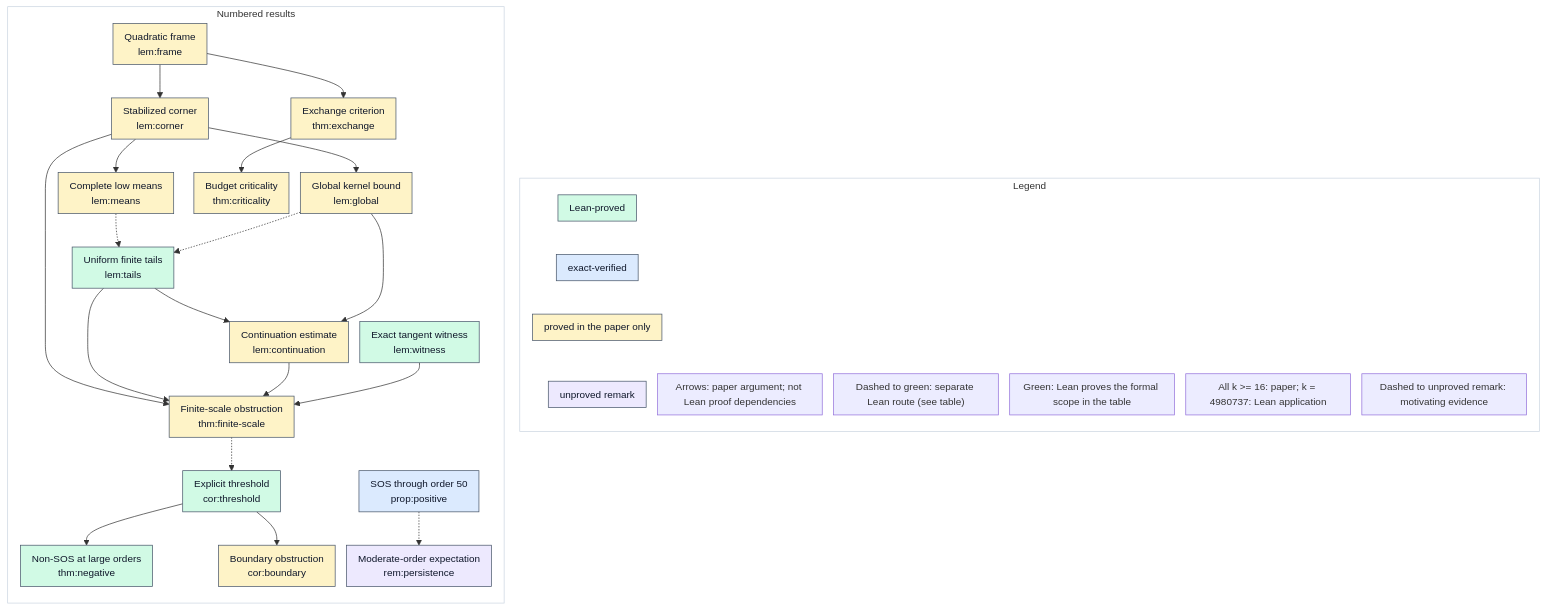
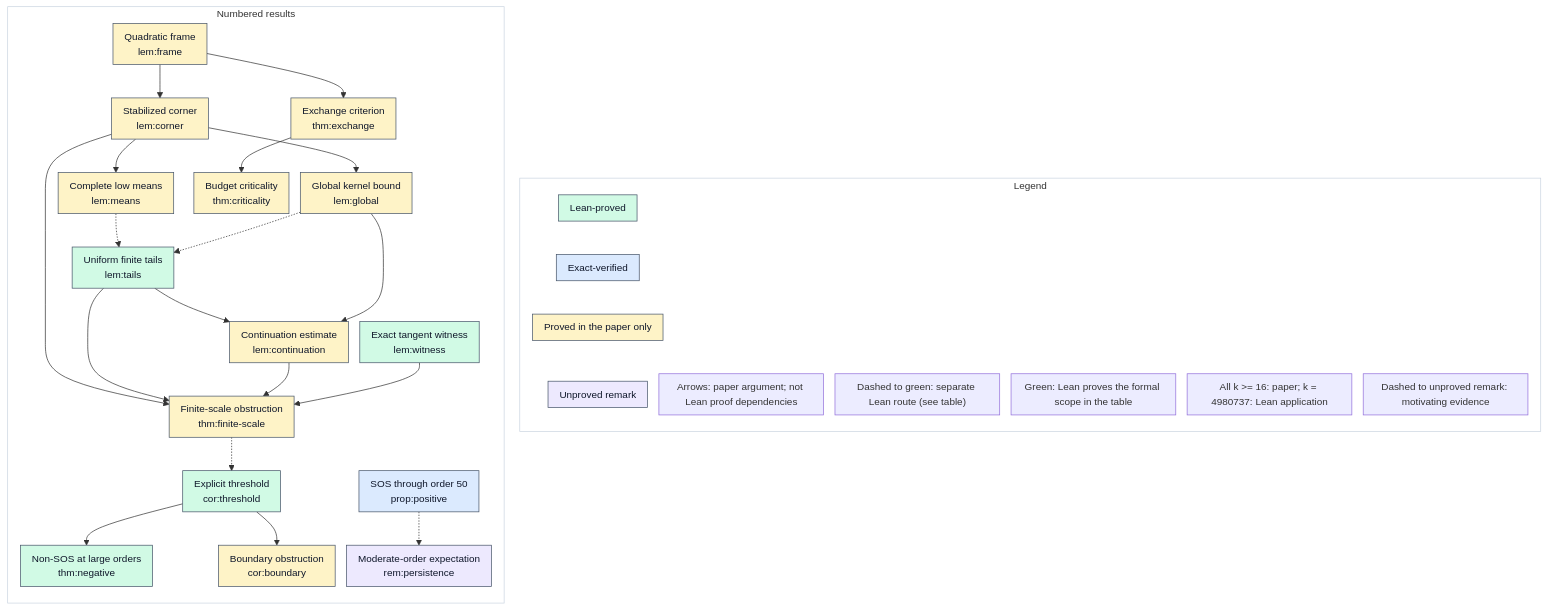
Before and after one commit to erenup/toeplitz-bw-not-sos: the diagram in paper-lean-mapping/graph.md, drawn with Mermaid. The commit also changed 12 other files, not shown here.

````diff
--- a/paper-lean-mapping/graph.md
+++ b/paper-lean-mapping/graph.md
@@ -5,59 +5,59 @@
 ```mermaid
 %%{init: {"flowchart": {"nodeSpacing": 16, "rankSpacing": 22, "padding": 8}, "themeVariables": {"fontSize": "14px"}}}%%
 flowchart LR
   subgraph Results[Numbered results]
     direction TB
   n0["Non-SOS at large orders<br/>thm:negative"]:::s0
   n1 --> n0
   n1["Explicit threshold<br/>cor:threshold"]:::s0
   n9 -.-> n1
   n2["Quadratic frame<br/>lem:frame"]:::s2
   n3["Stabilized corner<br/>lem:corner"]:::s2
   n2 --> n3
   n4["Complete low means<br/>lem:means"]:::s2
   n3 --> n4
   n5["Global kernel bound<br/>lem:global"]:::s2
   n3 --> n5
   n6["Uniform finite tails<br/>lem:tails"]:::s0
   n4 -.-> n6
   n5 -.-> n6
   n7["Continuation estimate<br/>lem:continuation"]:::s2
   n6 --> n7
   n5 --> n7
   n8["Exact tangent witness<br/>lem:witness"]:::s0
   n9["Finite-scale obstruction<br/>thm:finite-scale"]:::s2
   n3 --> n9
   n6 --> n9
   n7 --> n9
   n8 --> n9
   n10["SOS through order 50<br/>prop:positive"]:::s1
   n11["Exchange criterion<br/>thm:exchange"]:::s2
   n2 --> n11
   n12["Budget criticality<br/>thm:criticality"]:::s2
   n11 --> n12
   n13["Boundary obstruction<br/>cor:boundary"]:::s2
   n1 --> n13
   n14["Moderate-order expectation<br/>rem:persistence"]:::s3
   n10 -.-> n14
   end
   subgraph Legend
     direction TB
     legend0["Lean-proved"]:::s0
-    legend1["exact-verified"]:::s1
-    legend2["proved in the paper only"]:::s2
-    legend3["unproved remark"]:::s3
+    legend1["Exact-verified"]:::s1
+    legend2["Proved in the paper only"]:::s2
+    legend3["Unproved remark"]:::s3
     key0["Arrows: paper argument; not Lean proof dependencies"]
     key1["Dashed to green: separate Lean route (see table)"]
     key2["Green: Lean proves the formal scope in the table"]
     key3["All k >= 16: paper; k = 4980737: Lean application"]
     key4["Dashed to unproved remark: motivating evidence"]
     legend0 ~~~ legend1 ~~~ legend2 ~~~ legend3
   end
   Results ~~~ Legend
   style Results fill:#ffffff,stroke:#cbd5e1
   style Legend fill:#ffffff,stroke:#cbd5e1
   classDef s0 fill:#d1fae5,stroke:#475569,color:#0f172a
   classDef s1 fill:#dbeafe,stroke:#475569,color:#0f172a
   classDef s2 fill:#fef3c7,stroke:#475569,color:#0f172a
   classDef s3 fill:#ede9fe,stroke:#475569,color:#0f172a
 ```
````
